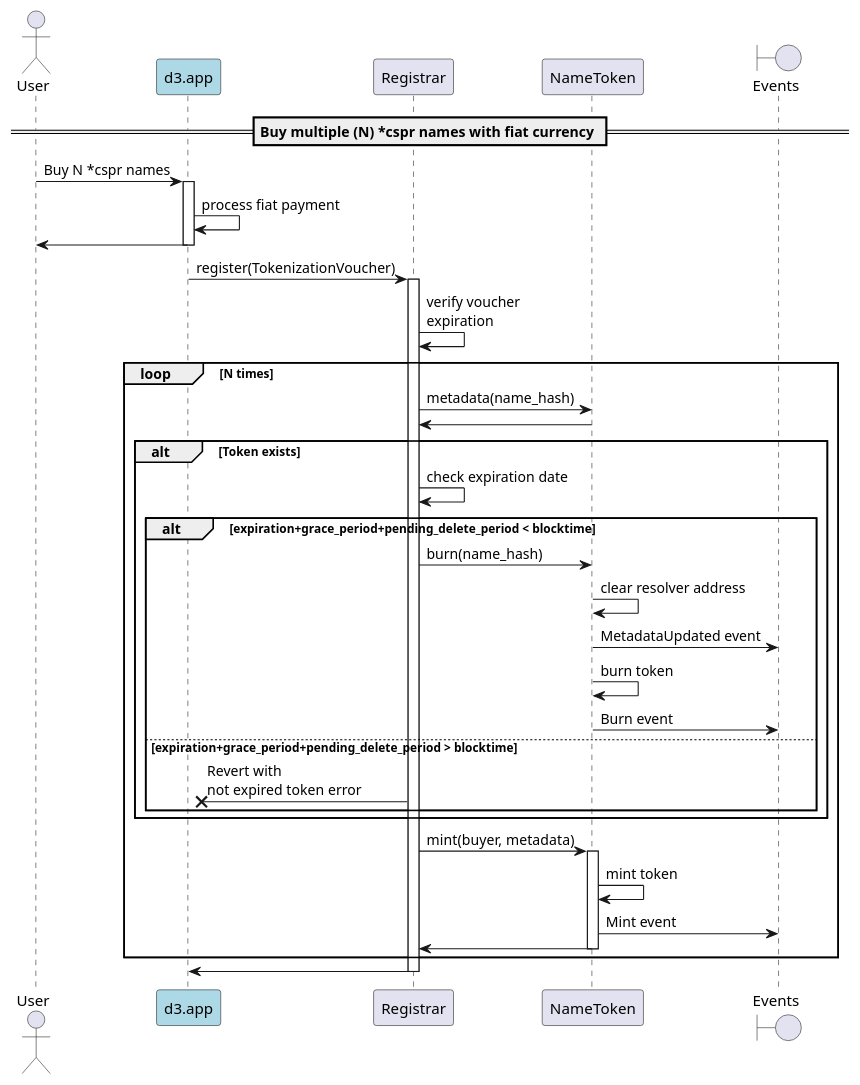
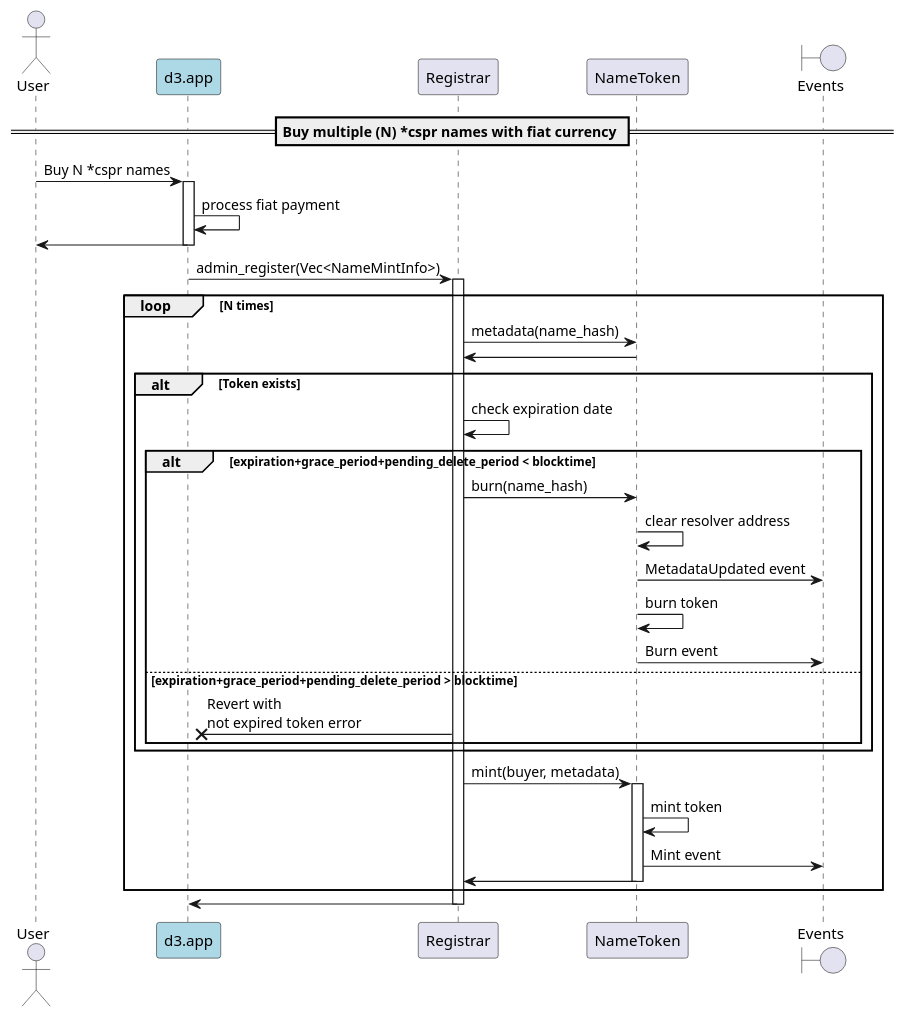
One commit to make-software/cspr-name-contracts changed the diagram in docs/sequence-diagrams/puml/offchain-multiple-purchase.puml. Above: the diagram before and after it, drawn with PlantUML. The commit also changed 9 other files, not shown here.

First line of the commit message:
Update sequence diagrams

```diff
--- a/docs/sequence-diagrams/puml/offchain-multiple-purchase.puml
+++ b/docs/sequence-diagrams/puml/offchain-multiple-purchase.puml
@@ -1,48 +1,47 @@
 @startuml
 'https://plantuml.com/sequence-diagram
 
 'autonumber
 actor User
 participant "d3.app" as d3 #lightblue
 participant "Registrar"
 participant "NameToken"
 boundary "Events"
 
 == Buy multiple (N) *cspr names with fiat currency ==
 
 User -> d3: Buy N *cspr names
 activate d3
 d3 -> d3: process fiat payment
 d3 -> User
 deactivate d3
 
-d3 -> Registrar: register(TokenizationVoucher)
+d3 -> Registrar: admin_register(Vec<NameMintInfo>)
 activate Registrar
-Registrar -> Registrar: verify voucher\nexpiration
     loop N times
     Registrar -> NameToken: metadata(name_hash)
     NameToken -> Registrar
         alt Token exists
             Registrar -> Registrar: check expiration date
             alt expiration+grace_period+pending_delete_period < blocktime
                 Registrar -> NameToken: burn(name_hash)
                 NameToken -> NameToken: clear resolver address
                 NameToken -> "Events": MetadataUpdated event
                 NameToken -> NameToken: burn token
                 NameToken -> "Events": Burn event
             else expiration+grace_period+pending_delete_period > blocktime
                 Registrar ->x d3: Revert with\nnot expired token error
             end
         end
         Registrar -> NameToken: mint(buyer, metadata)
         activate NameToken
         NameToken -> NameToken: mint token
         NameToken -> "Events": Mint event
         NameToken -> Registrar
         deactivate NameToken
     end loop
 Registrar -> d3
 deactivate Registrar
 deactivate d3
 
 @enduml
```
